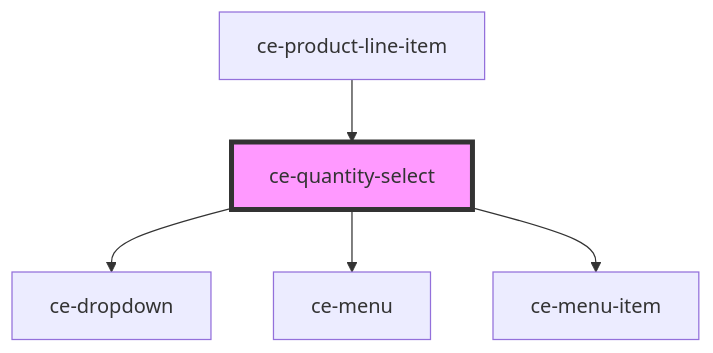
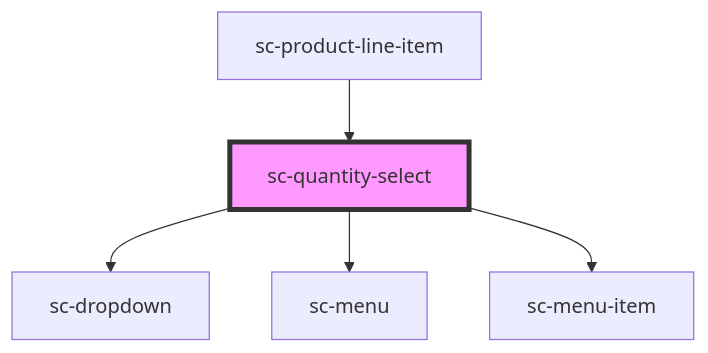
One commit to surecart/surecart-wp-plugin changed the diagram in packages/components/src/components/ui/quantity-select/readme.md. Above: the diagram before and after it, drawn with Mermaid. The commit also changed other lines of this file and 1281 other files, not shown here.

````diff
--- a/packages/components/src/components/ui/quantity-select/readme.md
+++ b/packages/components/src/components/ui/quantity-select/readme.md
@@ -38,8 +38,8 @@
 ```mermaid
 graph TD;
-  ce-quantity-select --> ce-dropdown
-  ce-quantity-select --> ce-menu
-  ce-quantity-select --> ce-menu-item
-  ce-product-line-item --> ce-quantity-select
-  style ce-quantity-select fill:#f9f,stroke:#333,stroke-width:4px
+  sc-quantity-select --> sc-dropdown
+  sc-quantity-select --> sc-menu
+  sc-quantity-select --> sc-menu-item
+  sc-product-line-item --> sc-quantity-select
+  style sc-quantity-select fill:#f9f,stroke:#333,stroke-width:4px
 ```
````
